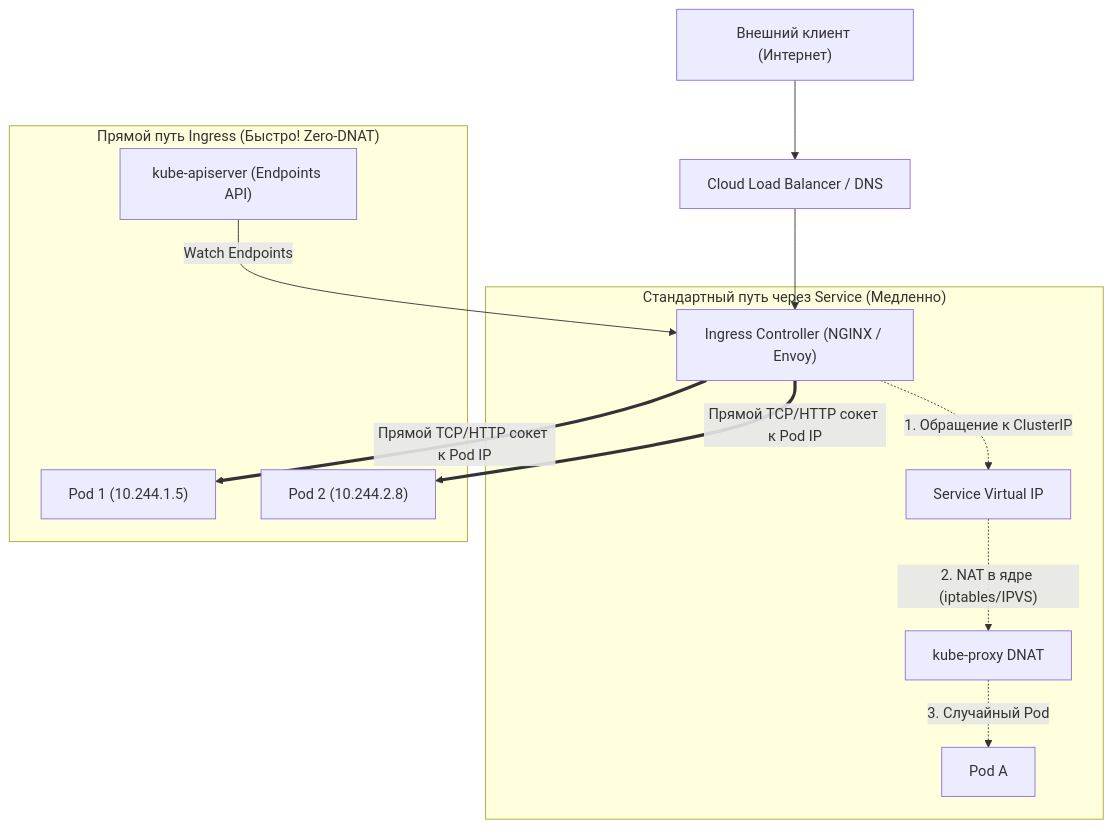
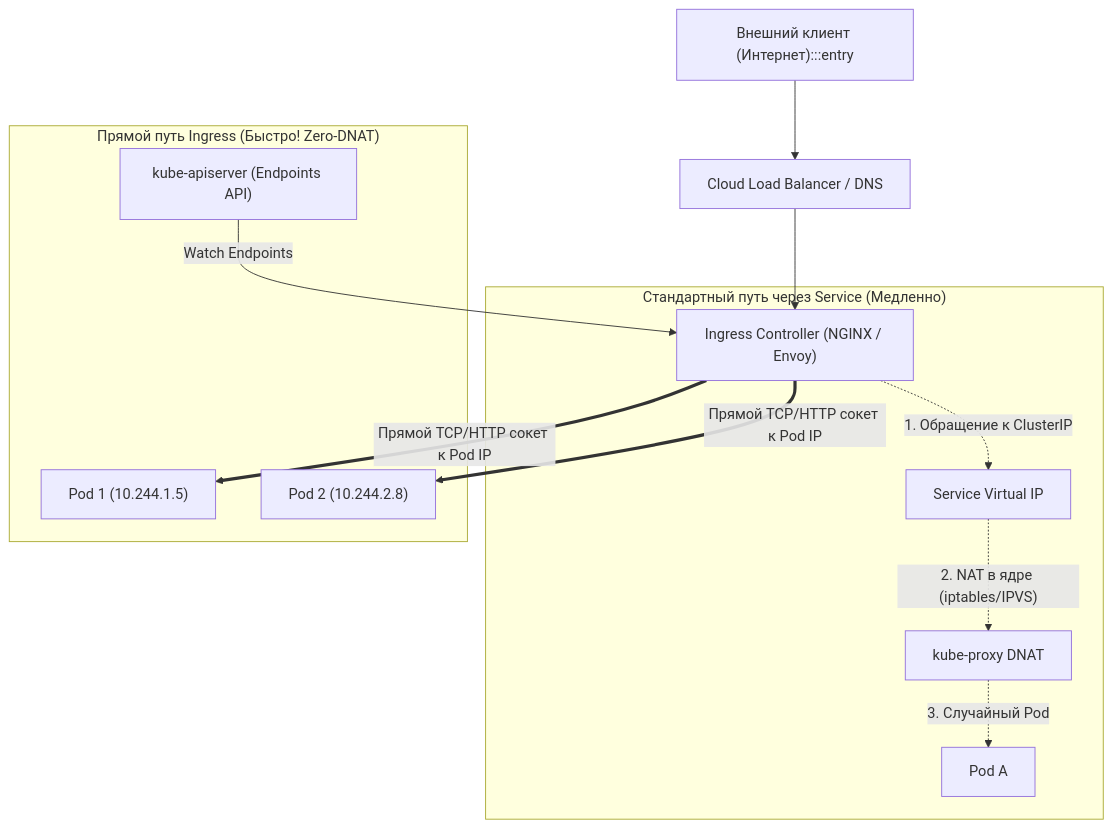
The third of 5 diagrams in sources/14. Распределенные системы на Go/07. Kubernetes и деплой/8. Kubernetes networking.md (UnrealTemplier/go-textbook), drawn with Mermaid before and after one commit. The commit also changed other lines of this file and 1666 other files, not shown here.

First line of the commit message:
feat(mermaid): add semantic color classDef to 1369 colorless flowchart/graph diagrams

````diff
--- a/sources/14. Распределенные системы на Go/07. Kubernetes и деплой/8. Kubernetes networking.md
+++ b/sources/14. Распределенные системы на Go/07. Kubernetes и деплой/8. Kubernetes networking.md
@@ -114,17 +124,27 @@
 ```mermaid
 flowchart TD
-    Client["Внешний клиент (Интернет)"] --> CloudLB["Cloud Load Balancer / DNS"]
+    classDef process  fill:#1e293b,stroke:#38bdf8,stroke-width:1px,color:#f8fafc
+    classDef success  fill:#064e3b,stroke:#34d399,stroke-width:1px,color:#f8fafc
+    classDef error    fill:#7f1d1d,stroke:#f87171,stroke-width:1px,color:#f8fafc
+    classDef warning  fill:#78350f,stroke:#fbbf24,stroke-width:1px,color:#f8fafc
+    classDef entry    fill:#1e3a5f,stroke:#38bdf8,stroke-width:2px,color:#f8fafc
+    classDef aux      fill:#334155,stroke:#64748b,stroke-width:1px,color:#f8fafc
+    classDef system   fill:#312e81,stroke:#a78bfa,stroke-width:1px,color:#f8fafc
+    classDef data     fill:#132d29,stroke:#2dd4bf,stroke-width:1px,color:#f8fafc
+    classDef network  fill:#881337,stroke:#fb7185,stroke-width:1px,color:#f8fafc
+    classDef accent   fill:#1e1b4b,stroke:#818cf8,stroke-width:1px,color:#f8fafc
+    Client["Внешний клиент (Интернет):::entry"] --> CloudLB["Cloud Load Balancer / DNS"]
     CloudLB --> Ingress["Ingress Controller (NGINX / Envoy)"]
 
     subgraph StandardWay["Стандартный путь через Service (Медленно)"]
         Ingress -.->|"1. Обращение к ClusterIP"| Service["Service Virtual IP"]
         Service -.->|"2. NAT в ядре (iptables/IPVS)"| KubeProxy["kube-proxy DNAT"]
         KubeProxy -.->|"3. Случайный Pod"| PodA["Pod A"]
     end
 
     subgraph IngressDirect["Прямой путь Ingress (Быстро! Zero-DNAT)"]
         API["kube-apiserver (Endpoints API)"] -->|"Watch Endpoints"| Ingress
         Ingress ==>|"Прямой TCP/HTTP сокет к Pod IP"| Pod1["Pod 1 (10.244.1.5)"]
         Ingress ==>|"Прямой TCP/HTTP сокет к Pod IP"| Pod2["Pod 2 (10.244.2.8)"]
     end
 ```
````
